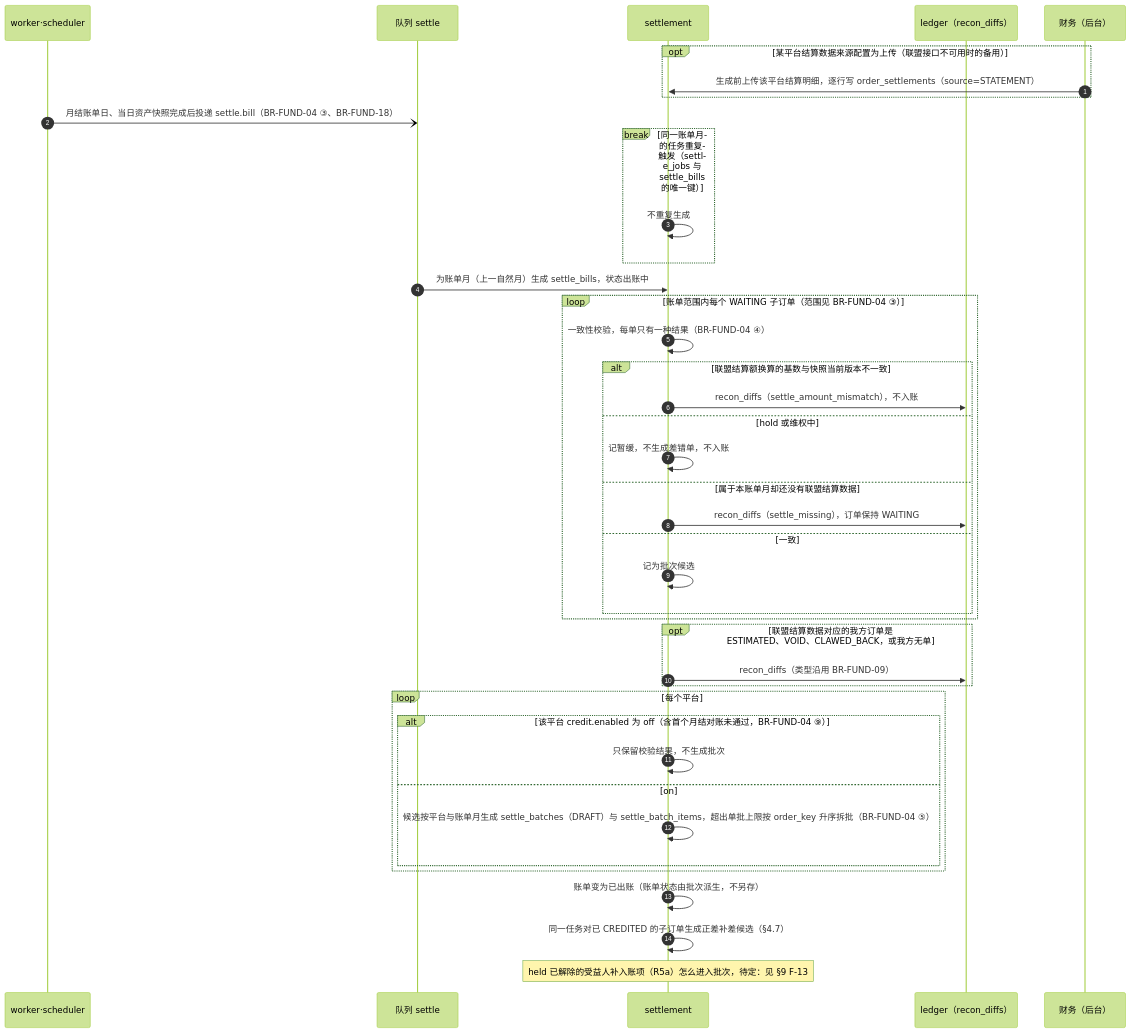
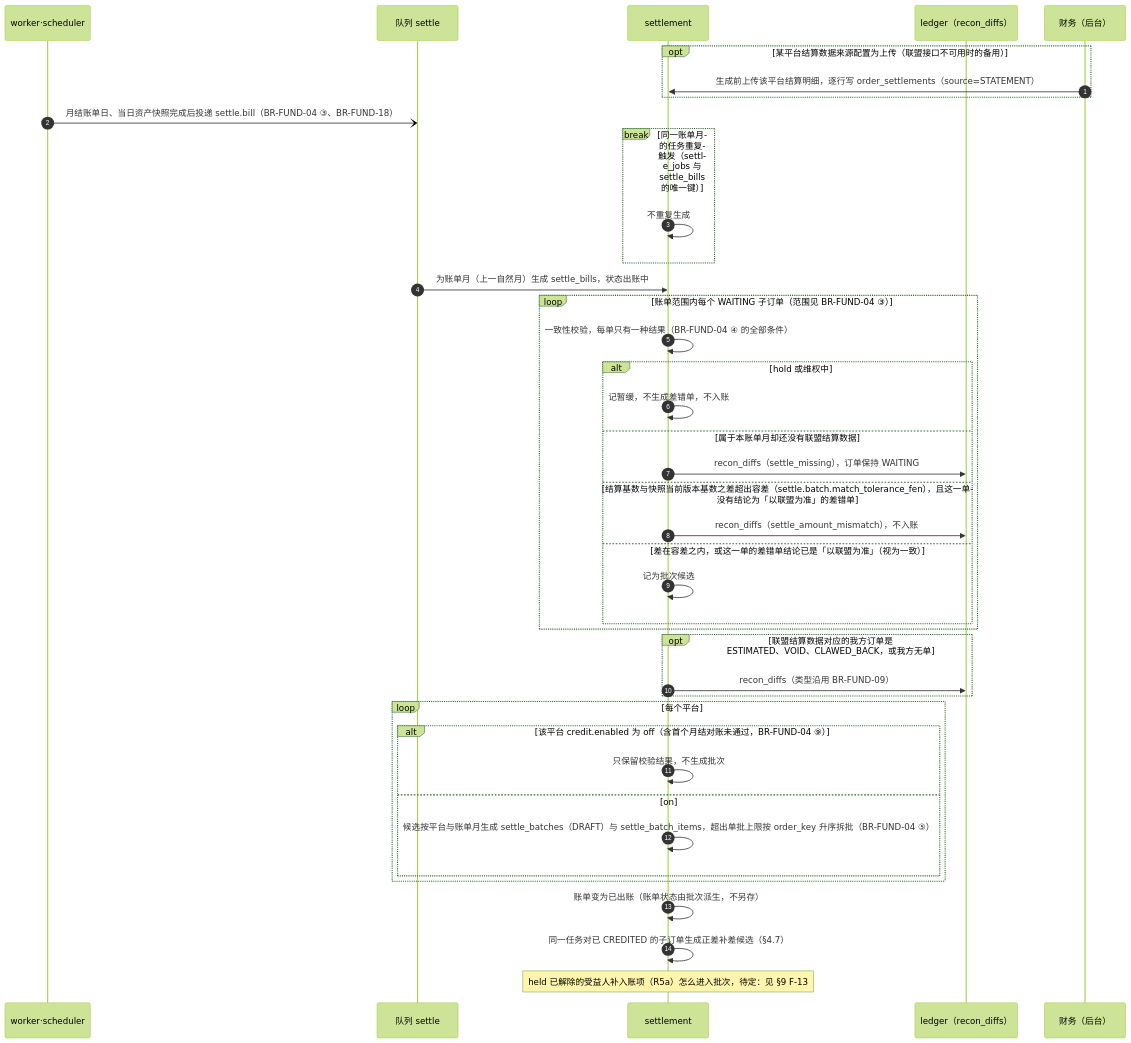
Before and after one commit to zora4523-bot/couli: diagram 16 of 41 in 规划/12_关键流程与状态图.md, drawn with Mermaid (forest theme). The commit also changed other lines of this file, not shown here.

Commit message:
docs(12): section 4.2, the bill check uses the full BR-FUND-04 (4) condition (Codex round 2 B21)
The consistency check now branches on hold or rights first, then missing
settlement data, then "difference beyond the tolerance and no diff ticket
resolved in favour of the union amount"; a difference within the tolerance
or a ticket resolved that way counts as consistent and becomes a batch
candidate.

````diff
--- a/规划/12_关键流程与状态图.md
+++ b/规划/12_关键流程与状态图.md
@@ -1160,43 +1160,43 @@
 ```mermaid
 sequenceDiagram
   autonumber
   participant S as worker·scheduler
   participant J as 队列 settle
   participant T as settlement
   participant L as ledger（recon_diffs）
   participant F as 财务（后台）
 
   opt 某平台结算数据来源配置为上传（联盟接口不可用时的备用）
     F->>T: 生成前上传该平台结算明细，逐行写 order_settlements（source=STATEMENT）
   end
   S-)J: 月结账单日、当日资产快照完成后投递 settle.bill（BR-FUND-04 ③、BR-FUND-18）
   break 同一账单月的任务重复触发（settle_jobs 与 settle_bills 的唯一键）
     T->>T: 不重复生成
   end
   J->>T: 为账单月（上一自然月）生成 settle_bills，状态出账中
   loop 账单范围内每个 WAITING 子订单（范围见 BR-FUND-04 ③）
-    T->>T: 一致性校验，每单只有一种结果（BR-FUND-04 ④）
-    alt 联盟结算额换算的基数与快照当前版本不一致
-      T->>L: recon_diffs（settle_amount_mismatch），不入账
-    else hold 或维权中
+    T->>T: 一致性校验，每单只有一种结果（BR-FUND-04 ④ 的全部条件）
+    alt hold 或维权中
       T->>T: 记暂缓，不生成差错单，不入账
     else 属于本账单月却还没有联盟结算数据
       T->>L: recon_diffs（settle_missing），订单保持 WAITING
-    else 一致
+    else 结算基数与快照当前版本基数之差超出容差（settle.batch.match_tolerance_fen），且这一单没有结论为「以联盟为准」的差错单
+      T->>L: recon_diffs（settle_amount_mismatch），不入账
+    else 差在容差之内，或这一单的差错单结论已是「以联盟为准」（视为一致）
       T->>T: 记为批次候选
     end
   end
   opt 联盟结算数据对应的我方订单是 ESTIMATED、VOID、CLAWED_BACK，或我方无单
     T->>L: recon_diffs（类型沿用 BR-FUND-09）
   end
   loop 每个平台
     alt 该平台 credit.enabled 为 off（含首个月结对账未通过，BR-FUND-04 ⑨）
       T->>T: 只保留校验结果，不生成批次
     else on
       T->>T: 候选按平台与账单月生成 settle_batches（DRAFT）与 settle_batch_items，超出单批上限按 order_key 升序拆批（BR-FUND-04 ⑤）
     end
   end
   T->>T: 账单变为已出账（账单状态由批次派生，不另存）
   T->>T: 同一任务对已 CREDITED 的子订单生成正差补差候选（§4.7）
   Note over T: held 已解除的受益人补入账项（R5a）怎么进入批次，待定：见 §9 F-13
 ```
````
